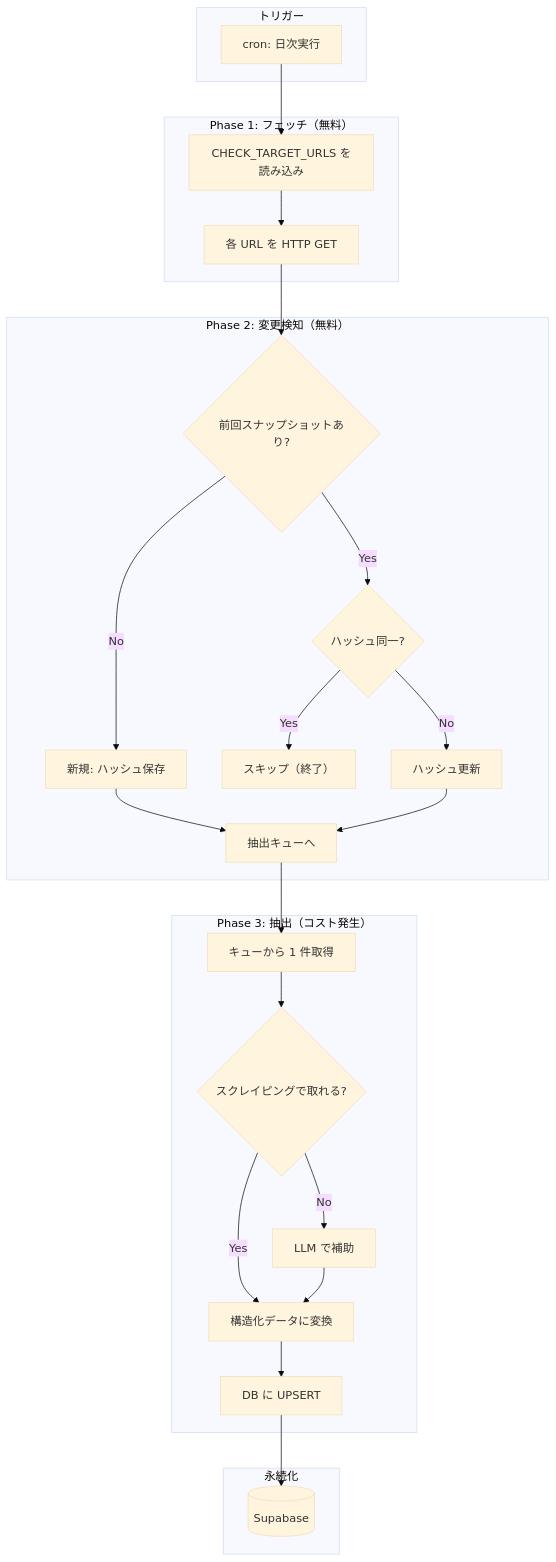
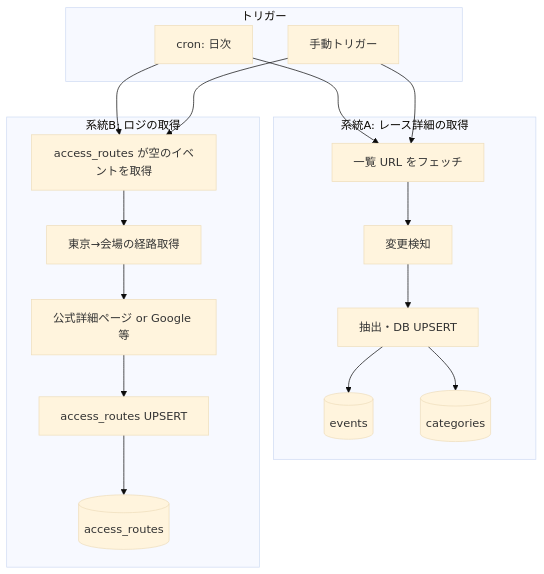
One commit to bokuno-studio/YabaiTravel changed the first of 9 diagrams in docs/SPEC_BACKEND_FLOW.md. Above: the diagram before and after it, drawn with Mermaid (base theme). The commit also changed other lines of this file and 3 other files, not shown here.

First line of the commit message:
feat(#23): 系統A クロール実装（少数ソース・手動トリガー）

````diff
--- a/docs/SPEC_BACKEND_FLOW.md
+++ b/docs/SPEC_BACKEND_FLOW.md
@@ -9,36 +14,25 @@
 ```mermaid
 flowchart TB
     subgraph トリガー
-        T[cron: 日次実行]
+        T1[cron: 日次]
+        T2[手動トリガー]
     end
 
-    subgraph Phase1["Phase 1: フェッチ（無料）"]
-        T --> F1[CHECK_TARGET_URLS を読み込み]
-        F1 --> F2[各 URL を HTTP GET]
+    subgraph 系統A["系統A: レース詳細の取得"]
+        T1 --> A1[一覧 URL をフェッチ]
+        T2 --> A1
+        A1 --> A2[変更検知]
+        A2 --> A3[抽出・DB UPSERT]
+        A3 --> EVENTS[(events)]
+        A3 --> CATS[(categories)]
     end
 
-    subgraph Phase2["Phase 2: 変更検知（無料）"]
-        F2 --> C1{前回スナップショットあり?}
-        C1 -->|No| C2[新規: ハッシュ保存]
-        C1 -->|Yes| C3{ハッシュ同一?}
-        C3 -->|Yes| SKIP[スキップ（終了）]
-        C3 -->|No| C4[ハッシュ更新]
-        C2 --> Q[抽出キューへ]
-        C4 --> Q
+    subgraph 系統B["系統B: ロジの取得"]
+        T1 --> B1[access_routes が空のイベントを取得]
+        T2 --> B1
+        B1 --> B2[東京→会場の経路取得]
+        B2 --> B3[公式詳細ページ or Google 等]
+        B3 --> B4[access_routes UPSERT]
+        B4 --> ROUTES[(access_routes)]
     end
-
-    subgraph Phase3["Phase 3: 抽出（コスト発生）"]
-        Q --> E1[キューから 1 件取得]
-        E1 --> E2{スクレイピングで取れる?}
-        E2 -->|Yes| E3[構造化データに変換]
-        E2 -->|No| E4[LLM で補助]
-        E4 --> E3
-        E3 --> E5[DB に UPSERT]
-    end
-
-    subgraph 永続化
-        DB[(Supabase)]
-    end
-
-    E5 --> DB
 ```
````
